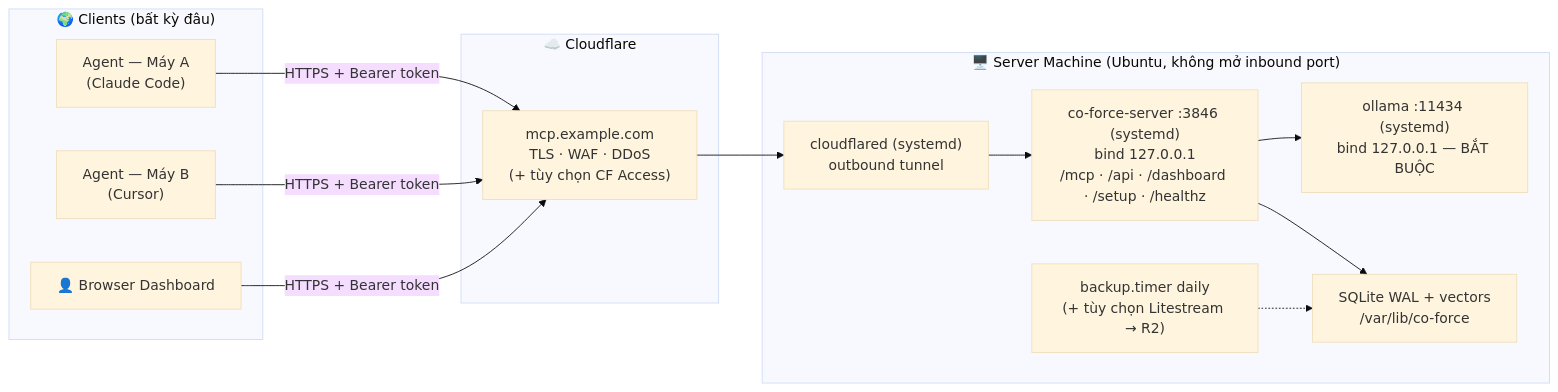
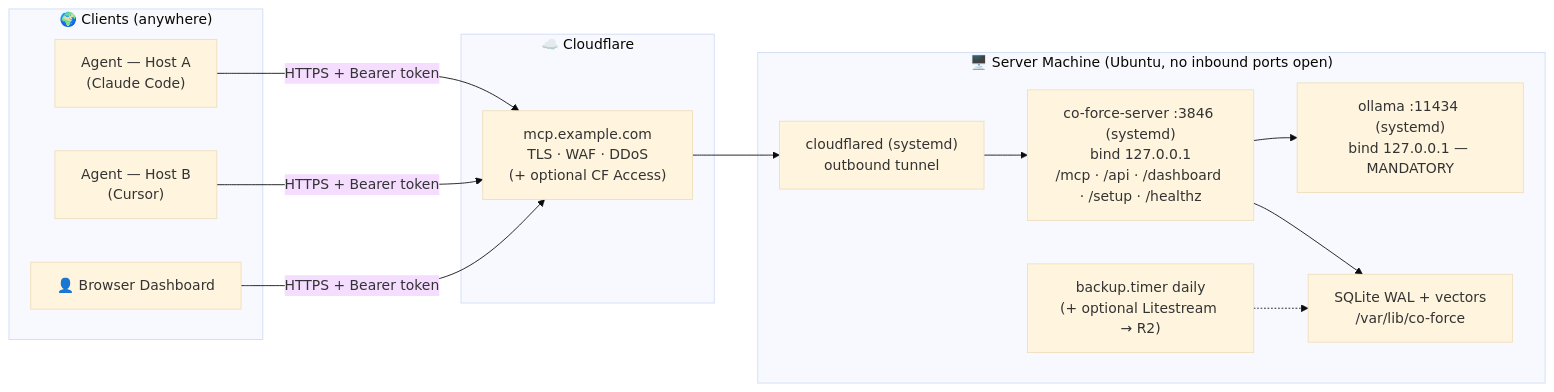
The fourth of 7 diagrams in docs/architecture.md (hiimtrung/co-force), drawn with Mermaid (base theme) before and after one commit. The commit also changed other lines of this file and 17 other files, not shown here.

````diff
--- a/docs/architecture.md
+++ b/docs/architecture.md
@@ -175,25 +175,25 @@
 ```mermaid
 graph LR
-    subgraph Anywhere["🌍 Clients (bất kỳ đâu)"]
-        A2["Agent — Máy A<br/>(Claude Code)"]
-        A3["Agent — Máy B<br/>(Cursor)"]
+    subgraph Anywhere["🌍 Clients (anywhere)"]
+        A2["Agent — Host A<br/>(Claude Code)"]
+        A3["Agent — Host B<br/>(Cursor)"]
         U2["👤 Browser Dashboard"]
     end
 
     subgraph Edge["☁️ Cloudflare"]
-        E1["mcp.example.com<br/>TLS · WAF · DDoS<br/>(+ tùy chọn CF Access)"]
+        E1["mcp.example.com<br/>TLS · WAF · DDoS<br/>(+ optional CF Access)"]
     end
 
-    subgraph Machine["🖥️ Server Machine (Ubuntu, không mở inbound port)"]
+    subgraph Machine["🖥️ Server Machine (Ubuntu, no inbound ports open)"]
         CFD["cloudflared (systemd)<br/>outbound tunnel"]
         S2["co-force-server :3846 (systemd)<br/>bind 127.0.0.1<br/>/mcp · /api · /dashboard · /setup · /healthz"]
-        O2["ollama :11434 (systemd)<br/>bind 127.0.0.1 — BẮT BUỘC"]
+        O2["ollama :11434 (systemd)<br/>bind 127.0.0.1 — MANDATORY"]
         D2["SQLite WAL + vectors<br/>/var/lib/co-force"]
-        B2["backup.timer daily<br/>(+ tùy chọn Litestream → R2)"]
+        B2["backup.timer daily<br/>(+ optional Litestream → R2)"]
     end
 
     A2 & A3 & U2 -->|"HTTPS + Bearer token"| E1 --> CFD --> S2
     S2 --> O2
     S2 --> D2
     B2 -.-> D2
 ```
````
